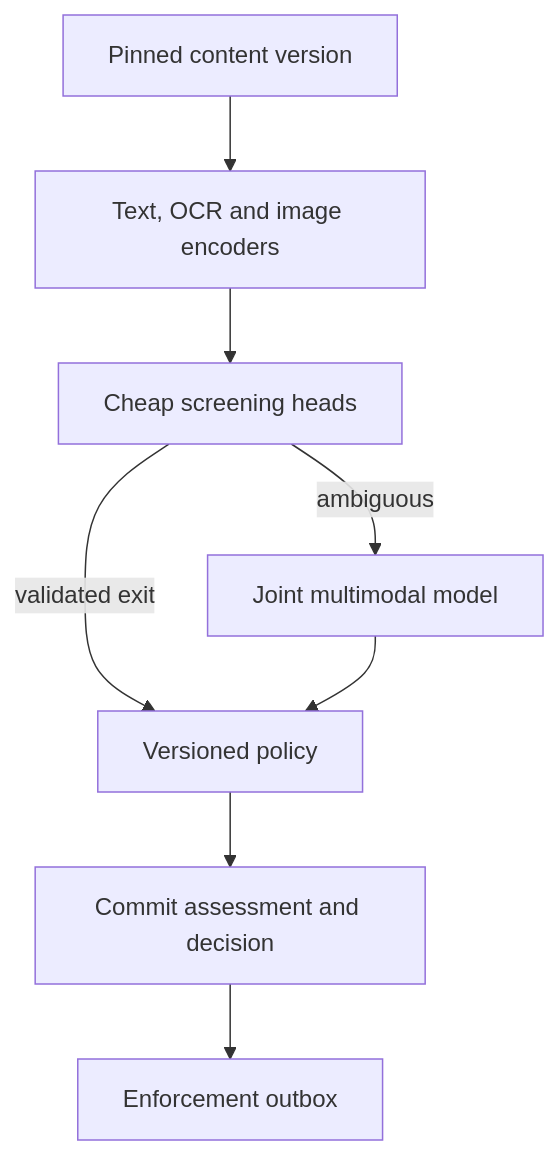
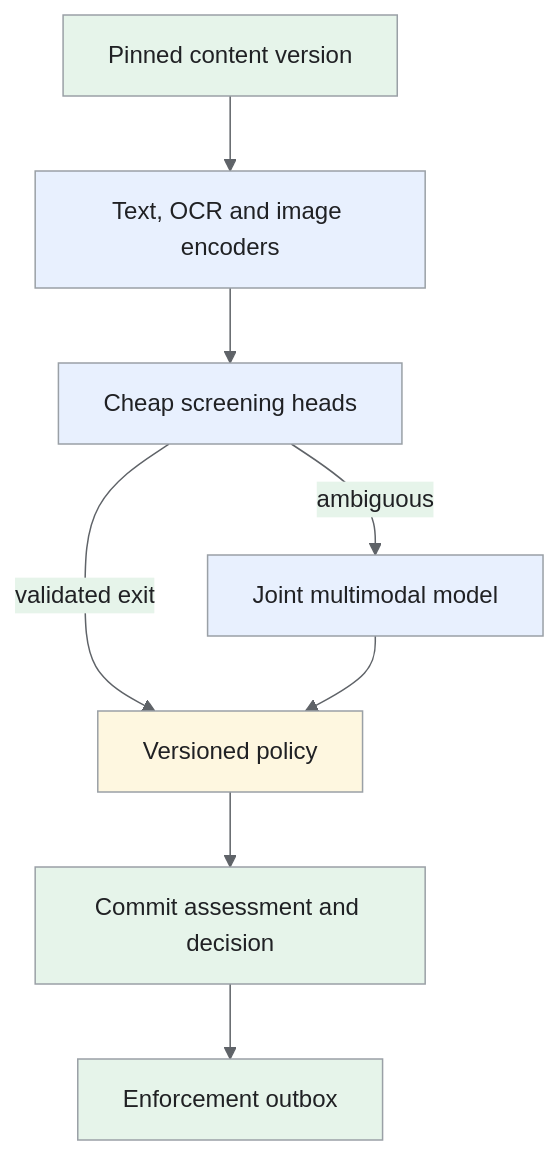
One commit to iliazlobin/iliazlobin.github.io changed the third of 3 diagrams in _designs/harmful-content-detection.md. Above: the diagram before and after it, drawn with Mermaid. The commit also changed other lines of this file and 25 other files, not shown here.

Commit message:
docs: explain Batch B design flows and tradeoffs

````diff
--- a/_designs/harmful-content-detection.md
+++ b/_designs/harmful-content-detection.md
@@ -196,10 +257,18 @@
 ```mermaid
+%%{init: {'theme':'base','themeVariables':{'primaryColor':'#e8f0fe','primaryTextColor':'#202124','primaryBorderColor':'#9aa0a6','lineColor':'#5f6368','secondaryColor':'#e6f4ea','tertiaryColor':'#fef7e0','actorBkg':'#e8f0fe','actorBorder':'#9aa0a6','actorTextColor':'#202124','noteBkgColor':'#fef7e0','noteTextColor':'#202124','noteBorderColor':'#9aa0a6','signalColor':'#5f6368','signalTextColor':'#202124','labelBoxBkgColor':'#fef7e0','labelBoxBorderColor':'#9aa0a6'}}}%%
 flowchart TB
     C["Pinned content version"] --> S["Text, OCR and image encoders"]
     S --> F["Cheap screening heads"]
     F -->|ambiguous| H["Joint multimodal model"]
     F -->|validated exit| P["Versioned policy"]
     H --> P
     P --> D["Commit assessment and decision"]
     D --> E["Enforcement outbox"]
+classDef request fill:#e8f0fe,stroke:#9aa0a6,color:#202124;
+classDef data fill:#e6f4ea,stroke:#9aa0a6,color:#202124;
+classDef control fill:#fef7e0,stroke:#9aa0a6,color:#202124;
+class S,F,H request;
+class C,D,E data;
+class P control;
+
 ```
````
